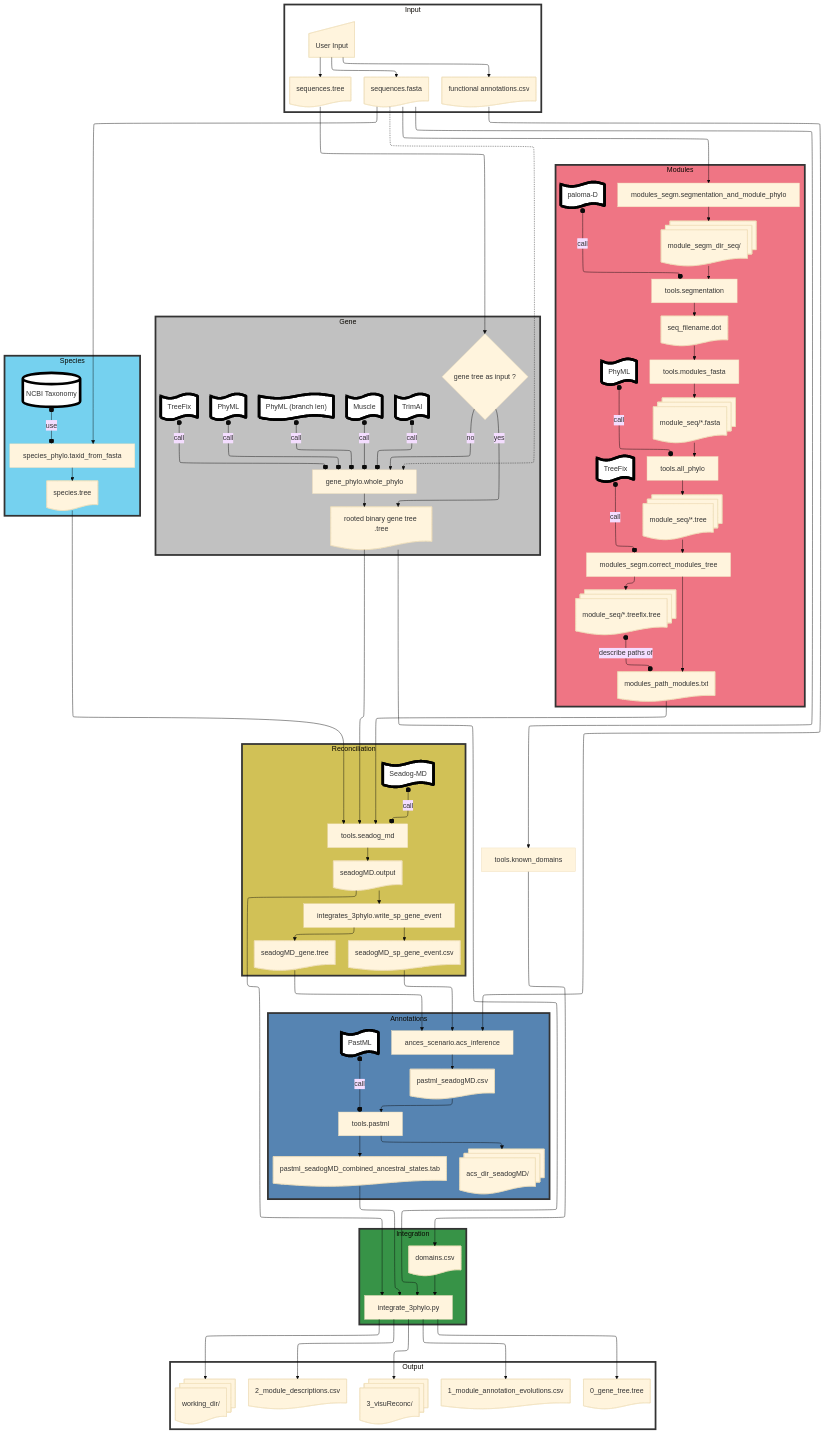
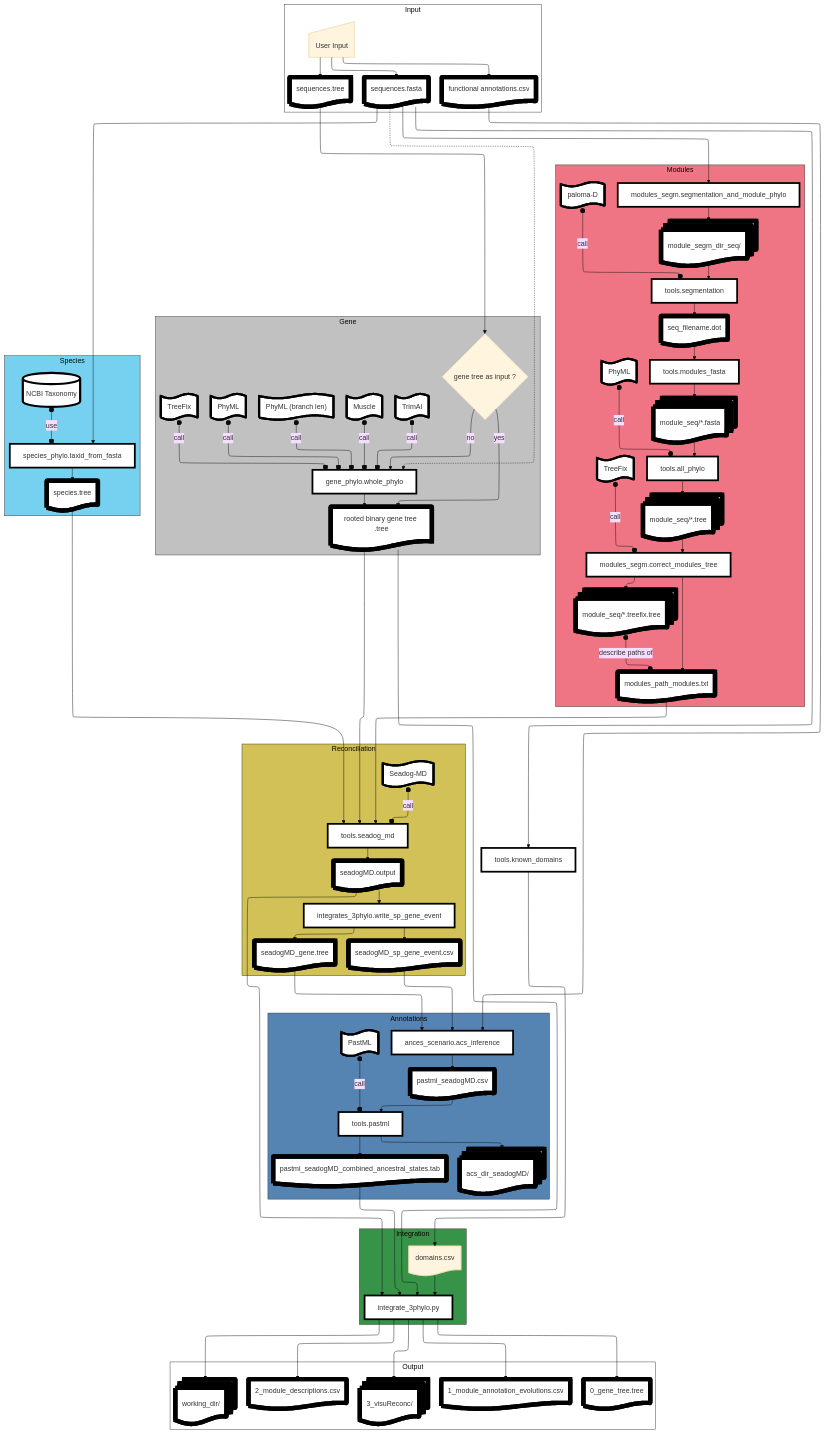
Before and after one commit to OcMalde/fuse-phylotree: the diagram in README.md, drawn with Mermaid.

Commit message:
readme mermaid test

````diff
--- a/README.md
+++ b/README.md
@@ -33,7 +33,7 @@
 U --> B
 U --> C
 end
-style Input fill:#fff,stroke:#333,stroke-width:4px
+style Input fill:#fff,stroke:#333,stroke-width:1px
 
 subgraph Modules
 A@{ shape: doc, label: "sequences.fasta" } --> m1[modules_segm.segmentation_and_module_phylo]
@@ -52,7 +52,7 @@
 m10 --> m14@{ shape: doc, label: "modules_path_modules.txt" }
 m13 o--o|describe paths of| m14
 end
-style Modules fill:#EE6677E6,stroke:#333,stroke-width:4px
+style Modules fill:#EE6677E6,stroke:#333,stroke-width:1px
 
 subgraph Gene
 B@{ shape: doc, label: "sequences.tree" } --> g1{gene tree as input ?}
@@ -66,14 +66,14 @@
 g8@{ shape: flag, label: "PhyML (branch len)" } o--o|call| g3
 g3 --> g2
 end
-style Gene fill:#BBBBBBE6,stroke:#333,stroke-width:4px
+style Gene fill:#BBBBBBE6,stroke:#333,stroke-width:1px
 
 subgraph Species
 A --> s1[species_phylo.taxid_from_fasta]
 s2@{ shape: cyl, label: "NCBI Taxonomy" } o--o|use| s1
 s1 --> s3@{ shape: doc, label: "species.tree" }
 end
-style Species fill:#66CCEEE6,stroke:#333,stroke-width:4px
+style Species fill:#66CCEEE6,stroke:#333,stroke-width:1px
 
 A --> d1[tools.known_domains]
 d1 --> d2@{ shape: doc, label: "domains.csv" }
@@ -88,7 +88,7 @@
 r4 --> r5@{ shape: doc, label: "seadogMD_sp_gene_event.csv" }
 r4 --> r6@{ shape: doc, label: "seadogMD_gene.tree" }
 end
-style Reconciliation fill:#CCBB44E6,stroke:#333,stroke-width:4px
+style Reconciliation fill:#CCBB44E6,stroke:#333,stroke-width:1px
 
 subgraph Annotations
 C@{ shape: doc, label: "functional annotations.csv" } --> a1[ances_scenario.acs_inference]
@@ -100,7 +100,7 @@
 a3 --> a5@{ shape: doc, label: "pastml_seadogMD_combined_ancestral_states.tab" }
 a3 --> a6@{ shape: docs, label: "acs_dir_seadogMD/" }
 end
-style Annotations fill:#4477AAE6,stroke:#333,stroke-width:4px
+style Annotations fill:#4477AAE6,stroke:#333,stroke-width:1px
 
 subgraph Integration
 r3 --> i1[integrate_3phylo.py]
@@ -108,7 +108,7 @@
 a5 --> i1
 d2 --> i1
 end
-style Integration fill:#228833E6,stroke:#333,stroke-width:4px
+style Integration fill:#228833E6,stroke:#333,stroke-width:1px
 
 subgraph Output
 i1 --> i2@{ shape: doc, label: "0_gene_tree.tree" }
@@ -117,11 +117,16 @@
 i1 --> i5@{ shape: docs, label: "3_visuReconc/" }
 i1 --> i6@{ shape: docs, label: "working_dir/" }
 end
-style Output fill:#fff,stroke:#333,stroke-width:4px
+style Output fill:#fff,stroke:#333,stroke-width:1px
 
 
-classDef tools fill:#fff,stroke:#000,stroke-width:6px;
+classDef tools fill:#fff,stroke:#000,stroke-width:5px;
 class m5,m9,m11,g4,g5,g6,g7,g8,s2,r2,a4 tools
 
+classDef files fill:#fff,stroke:#000,stroke-width:10px;
+class A,B,C,m2,m4,m7,m12,m13,m14,g2,s3,r3,r5,r6,a2,a5,a6,i2,i3,i4,i5,i6 files
+
+classDef scripts fill:#fff,stroke:#000,stroke-width:4px;
+class m1,m3,m6,m8,m10,g3,s1,d1,r1,r4,a1,a3,i1 scripts
 
 ```
````
